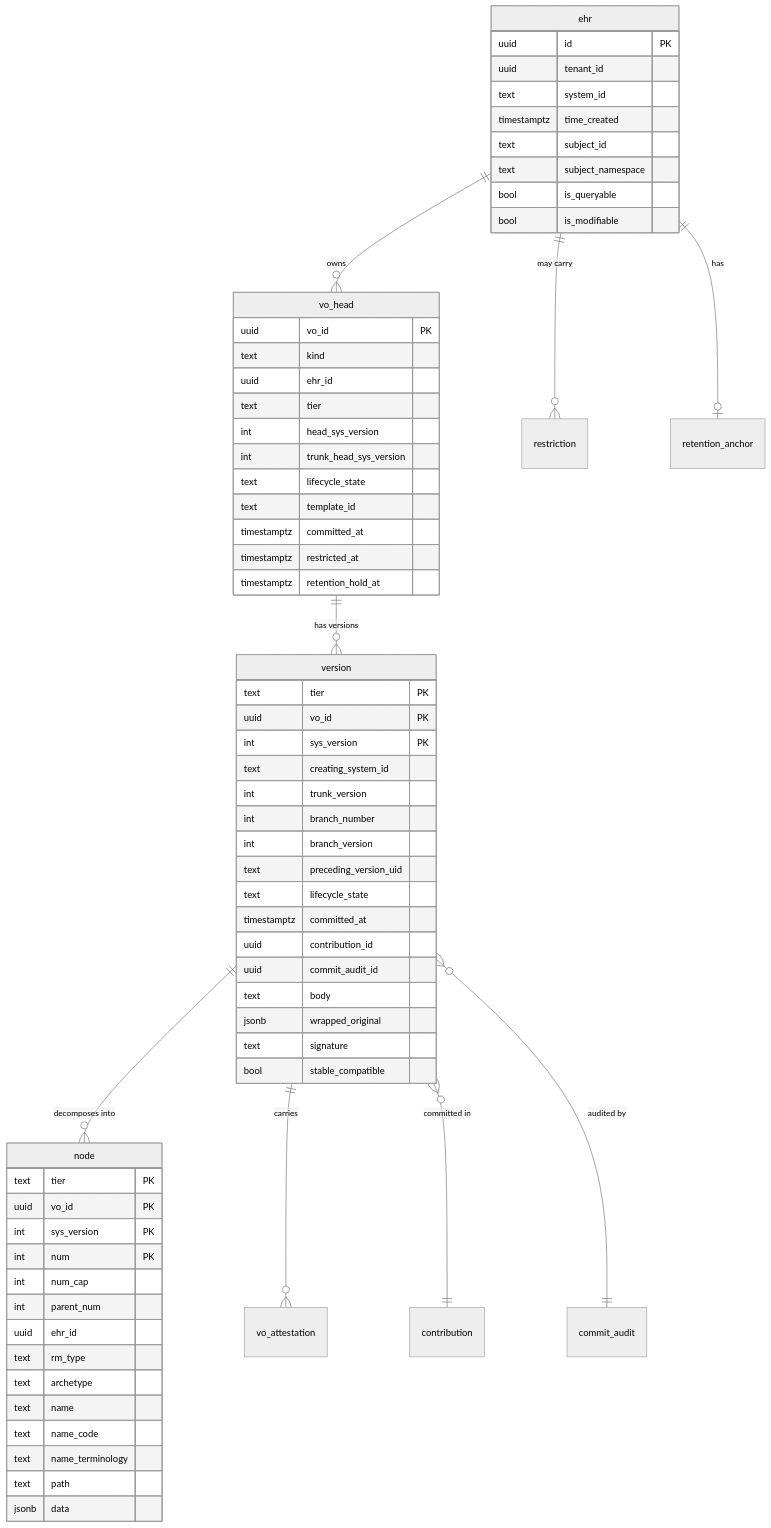
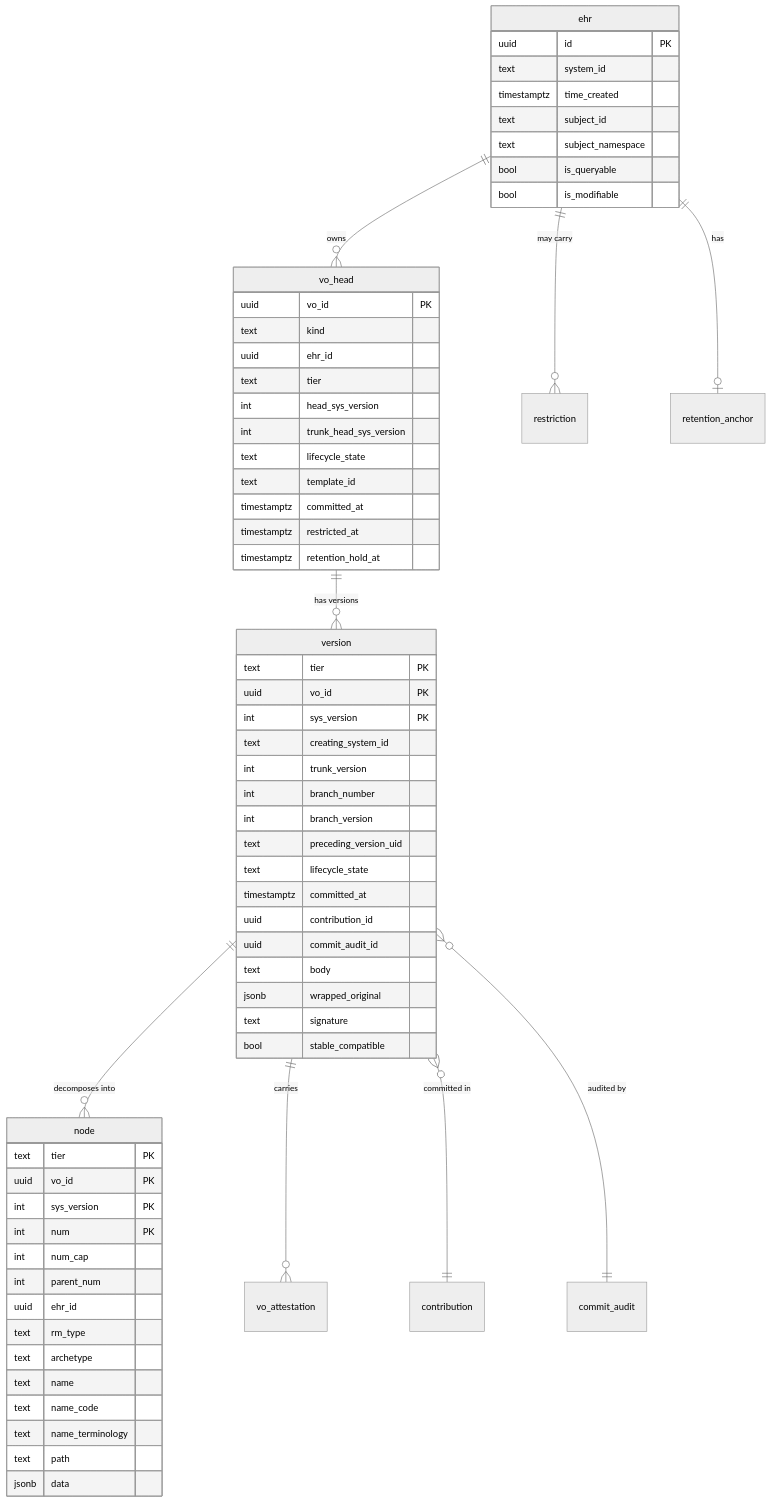
The second of 5 diagrams in docs/plans/storage-redesign.md (rubentalstra/FerroEHR), drawn with Mermaid (neutral theme) before and after one commit. The commit also changed other lines of this file and 2 other files, not shown here.

First line of the commit message:
docs(plans): the storage rewrite follows the FerroHEALTH drawing: a single-tenant instance, secondary use through FerroBRIDGE over AQL

````diff
--- a/docs/plans/storage-redesign.md
+++ b/docs/plans/storage-redesign.md
@@ -220,68 +216,67 @@
 ```mermaid
 erDiagram
   ehr ||--o{ vo_head : owns
   vo_head ||--o{ version : "has versions"
   version ||--o{ node : "decomposes into"
   version ||--o{ vo_attestation : carries
   version }o--|| contribution : "committed in"
   version }o--|| commit_audit : "audited by"
   ehr ||--o{ restriction : "may carry"
   ehr ||--o| retention_anchor : "has"
   ehr {
     uuid id PK
-    uuid tenant_id
     text system_id
     timestamptz time_created
     text subject_id
     text subject_namespace
     bool is_queryable
     bool is_modifiable
   }
   vo_head {
     uuid vo_id PK
     text kind
     uuid ehr_id
     text tier
     int head_sys_version
     int trunk_head_sys_version
     text lifecycle_state
     text template_id
     timestamptz committed_at
     timestamptz restricted_at
     timestamptz retention_hold_at
   }
   version {
     text tier PK
     uuid vo_id PK
     int sys_version PK
     text creating_system_id
     int trunk_version
     int branch_number
     int branch_version
     text preceding_version_uid
     text lifecycle_state
     timestamptz committed_at
     uuid contribution_id
     uuid commit_audit_id
     text body
     jsonb wrapped_original
     text signature
     bool stable_compatible
   }
   node {
     text tier PK
     uuid vo_id PK
     int sys_version PK
     int num PK
     int num_cap
     int parent_num
     uuid ehr_id
     text rm_type
     text archetype
     text name
     text name_code
     text name_terminology
     text path
     jsonb data
   }
 ```
````
